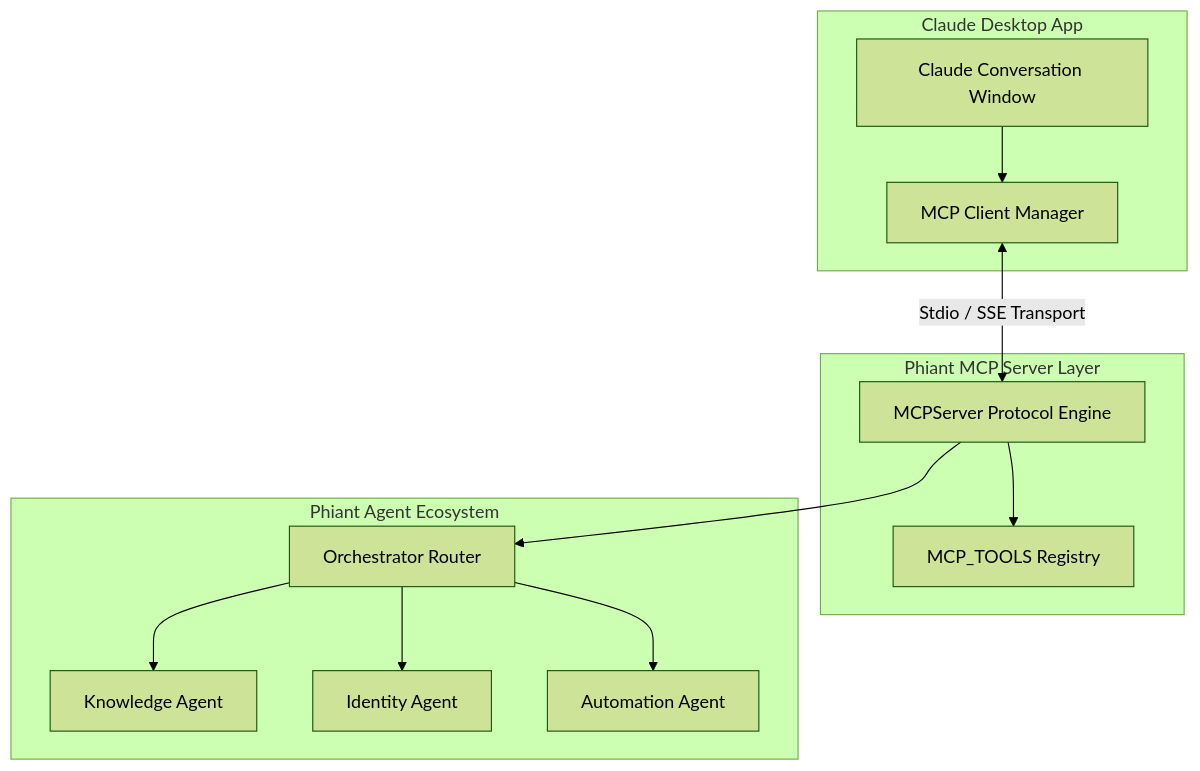
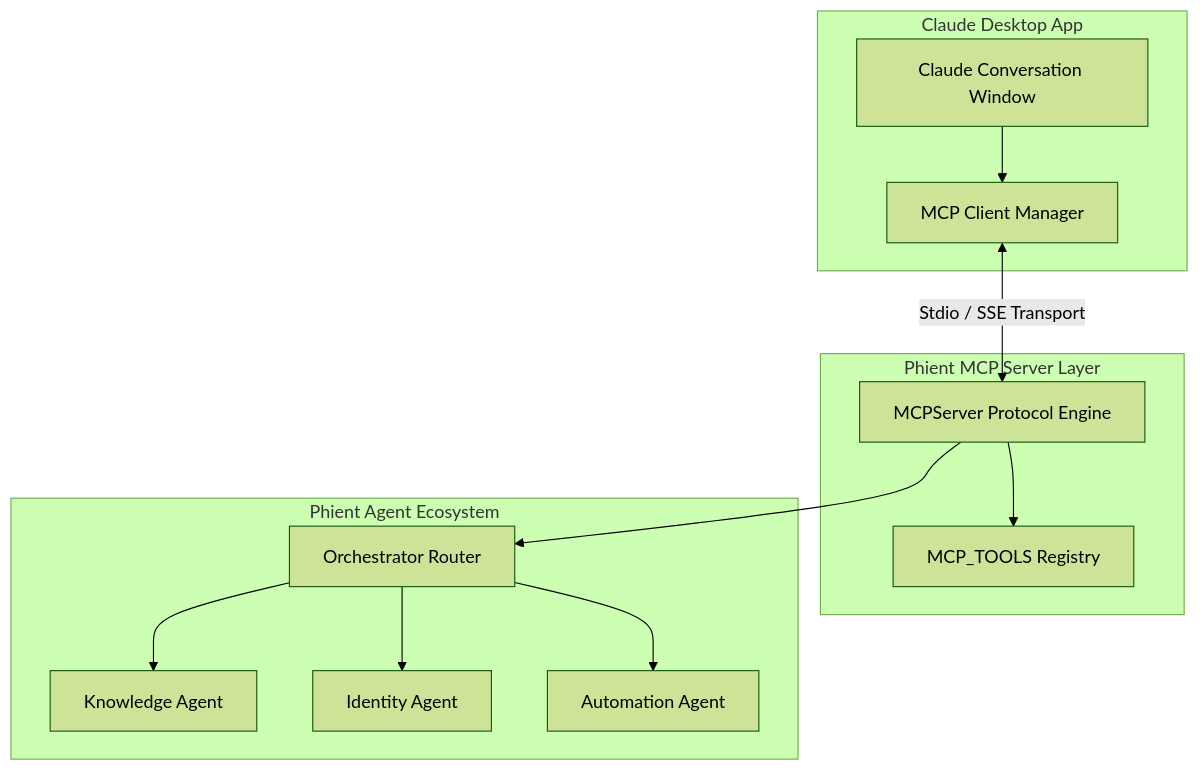
Before and after one commit to gemphi/phiant: the first of 2 diagrams in docs/mcp.md, drawn with Mermaid (forest theme). The commit also changed other lines of this file and 2766 other files, not shown here.

````diff
--- a/docs/mcp.md
+++ b/docs/mcp.md
@@ -19,27 +19,27 @@
 ```mermaid
 graph TD
     subgraph Claude Desktop App
         ClaudeUI[Claude Conversation Window]
         MCPClient[MCP Client Manager]
     end
 
-    subgraph Phiant MCP Server Layer
+    subgraph Phient MCP Server Layer
         MCPEngine[MCPServer Protocol Engine]
         ToolRegistry[MCP_TOOLS Registry]
     end
 
-    subgraph Phiant Agent Ecosystem
+    subgraph Phient Agent Ecosystem
         Orchestrator[Orchestrator Router]
         Knowledge[Knowledge Agent]
         Identity[Identity Agent]
         Automation[Automation Agent]
     end
 
     ClaudeUI --> MCPClient
     MCPClient <-->|Stdio / SSE Transport| MCPEngine
     MCPEngine --> ToolRegistry
     MCPEngine --> Orchestrator
     Orchestrator --> Knowledge
     Orchestrator --> Identity
     Orchestrator --> Automation
 ```
````
